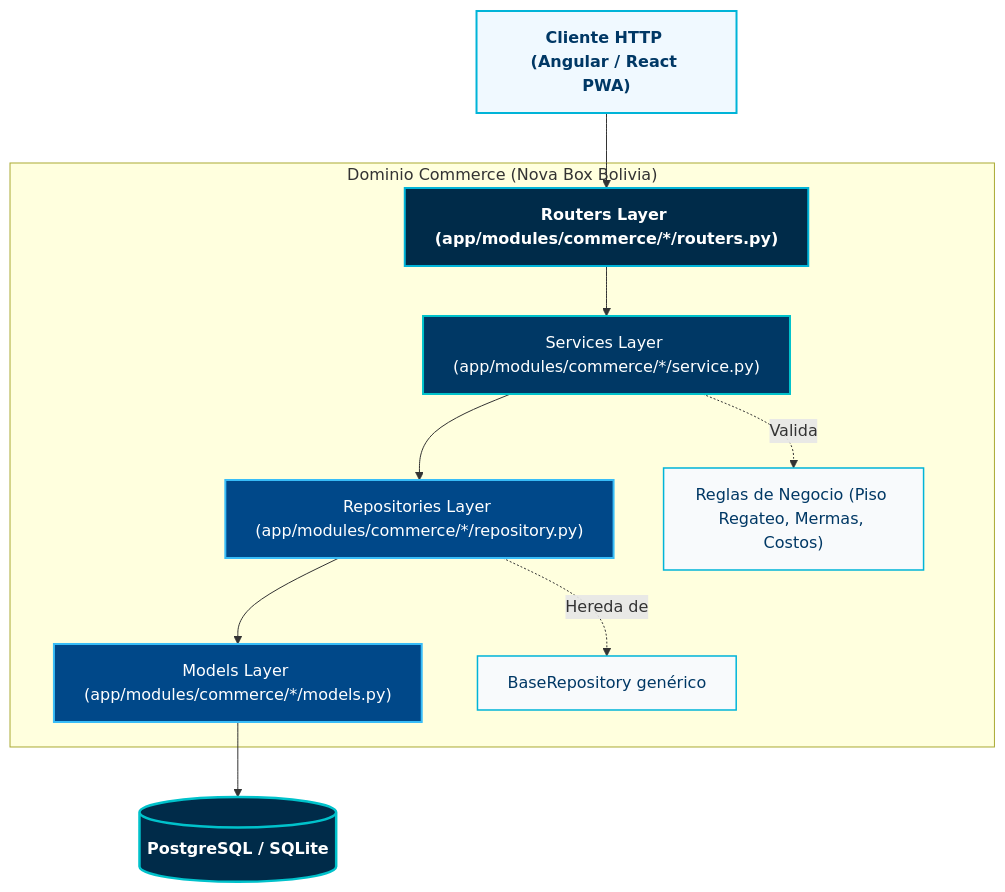
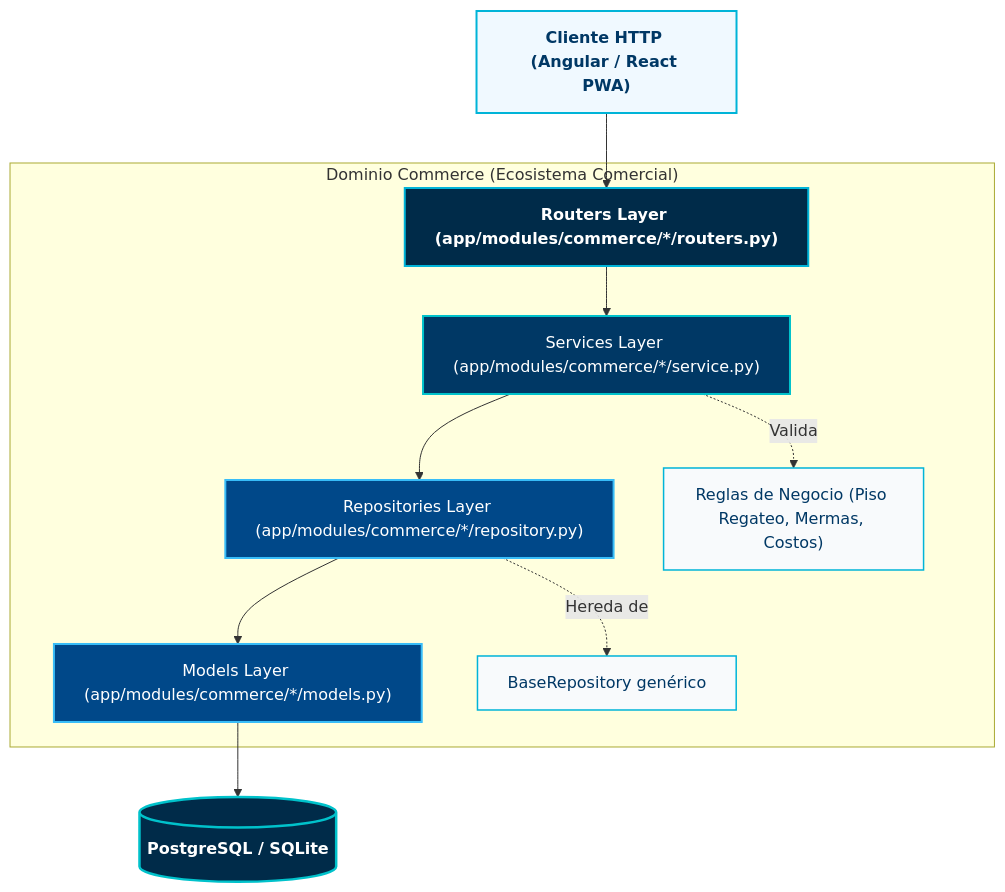
One commit to henrytaby/uyuni-backend-py changed the first of 3 diagrams in docs/commerce/01_ARCHITECTURE.md. Above: the diagram before and after it, drawn with Mermaid. The commit also changed other lines of this file and 17 other files, not shown here.

Commit message:
refactor: remove hardcoded Nova Box references and rebrand commerce module to white-label retail

````diff
--- a/docs/commerce/01_ARCHITECTURE.md
+++ b/docs/commerce/01_ARCHITECTURE.md
@@ -11,29 +11,29 @@
 ```mermaid
 flowchart TD
     Client["Cliente HTTP (Angular / React PWA)"] --> Routers["Routers Layer (app/modules/commerce/*/routers.py)"]
     
-    subgraph CommerceDomain ["Dominio Commerce (Nova Box Bolivia)"]
+    subgraph CommerceDomain ["Dominio Commerce (Ecosistema Comercial)"]
         Routers --> Services["Services Layer (app/modules/commerce/*/service.py)"]
         Services --> Repositories["Repositories Layer (app/modules/commerce/*/repository.py)"]
         Repositories --> Models["Models Layer (app/modules/commerce/*/models.py)"]
         
         Services -.->|Valida| BusinessRules["Reglas de Negocio (Piso Regateo, Mermas, Costos)"]
         Repositories -.->|Hereda de| BaseRepo["BaseRepository genérico"]
     end
     
     Models --> DB[("PostgreSQL / SQLite")]
 
     classDef clientNode fill:#f0f9ff,stroke:#00b4d8,stroke-width:2px,color:#003865,font-weight:bold;
     classDef routerNode fill:#002b49,stroke:#00b4d8,stroke-width:2px,color:#ffffff,font-weight:bold;
     classDef serviceNode fill:#003865,stroke:#00c2cb,stroke-width:2px,color:#ffffff;
     classDef repoNode fill:#004889,stroke:#38bdf8,stroke-width:2px,color:#ffffff;
     classDef ruleNode fill:#f8fafc,stroke:#00b4d8,stroke-width:1.5px,color:#003865;
     classDef dbNode fill:#002b49,stroke:#00c2cb,stroke-width:2.5px,color:#ffffff,font-weight:bold;
 
     class Client clientNode;
     class Routers routerNode;
     class Services serviceNode;
     class Repositories,Models repoNode;
     class BusinessRules,BaseRepo ruleNode;
     class DB dbNode;
 ```
````
